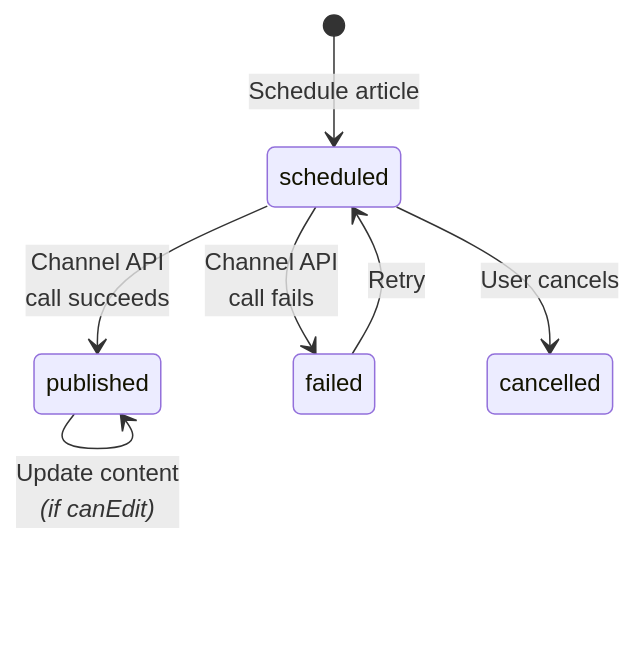
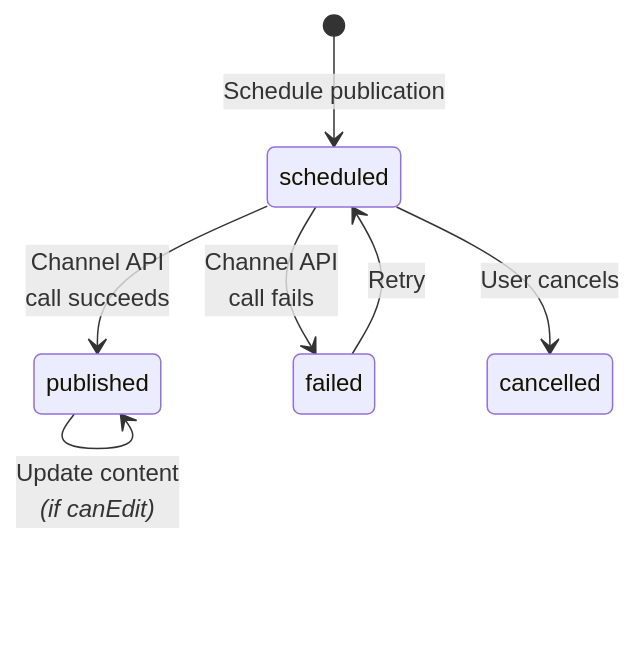
The seventh of 8 diagrams in docs/DIAGRAMS.md (GregoryGromov/MarketingService), drawn with Mermaid before and after one commit. The commit also changed other lines of this file and 262 other files, not shown here.

````diff
--- a/docs/DIAGRAMS.md
+++ b/docs/DIAGRAMS.md
@@ -245,12 +246,12 @@
 ```mermaid
 stateDiagram-v2
-    [*] --> scheduled: Schedule article
+    [*] --> scheduled: Schedule publication
 
     scheduled --> published: Channel API<br/>call succeeds
     scheduled --> failed: Channel API<br/>call fails
     scheduled --> cancelled: User cancels
 
     failed --> scheduled: Retry
 
     published --> published: Update content<br/><i>(if canEdit)</i>
 ```
````
